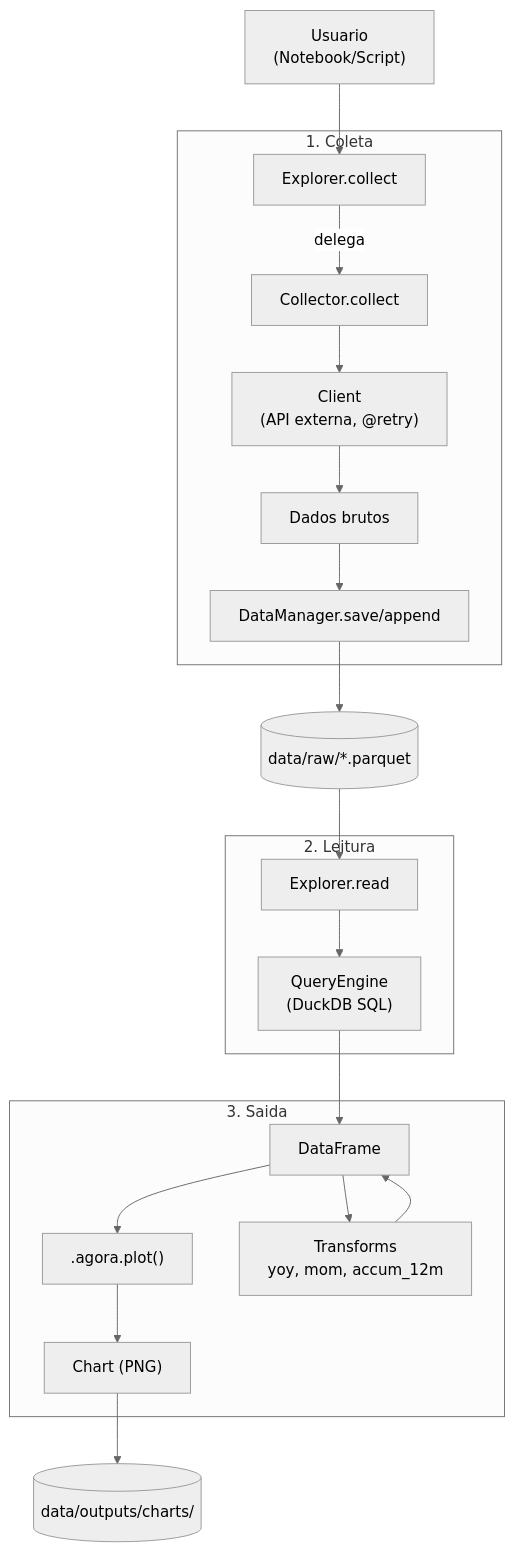
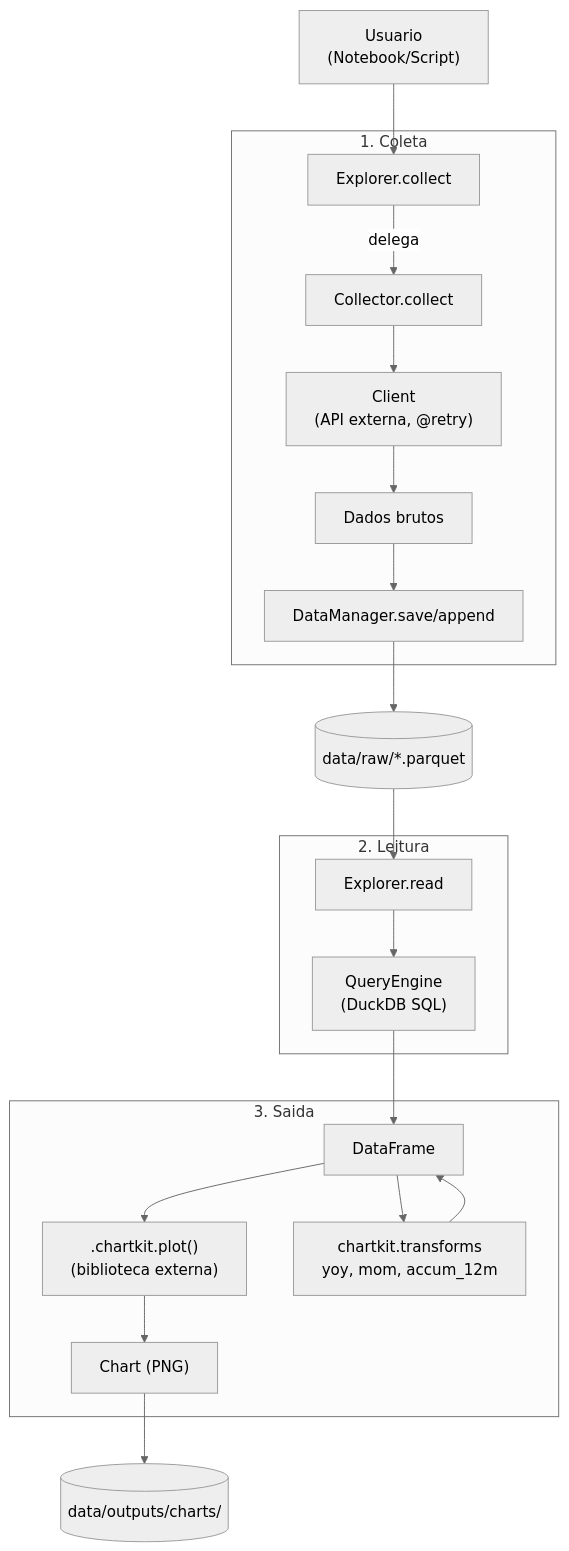
One commit to enzoomoreira/adb changed the second of 2 diagrams in docs/architecture.md. Above: the diagram before and after it, drawn with Mermaid (neutral theme). The commit also changed other lines of this file and 32 other files, not shown here.

Commit message:
refactor(charting): extract charting module to external chartkit lib

````diff
--- a/docs/architecture.md
+++ b/docs/architecture.md
@@ -109,44 +108,44 @@
 ```mermaid
 flowchart TD
     User["Usuario<br/>(Notebook/Script)"]
 
     subgraph Coleta ["1. Coleta"]
         EC[Explorer.collect]
         CC[Collector.collect]
         CLI["Client<br/>(API externa, @retry)"]
         RAW[Dados brutos]
         DM[DataManager.save/append]
     end
 
     subgraph Leitura ["2. Leitura"]
         ER[Explorer.read]
         QE["QueryEngine<br/>(DuckDB SQL)"]
     end
 
     subgraph Saida ["3. Saida"]
         DF[DataFrame]
-        VIZ[".agora.plot()"]
-        TRF["Transforms<br/>yoy, mom, accum_12m"]
+        VIZ[".chartkit.plot()<br/>(biblioteca externa)"]
+        TRF["chartkit.transforms<br/>yoy, mom, accum_12m"]
         CHART["Chart (PNG)"]
     end
 
     PARQUET[("data/raw/*.parquet")]
     CHARTS[("data/outputs/charts/")]
 
     User --> EC
     EC -->|delega| CC
     CC --> CLI
     CLI --> RAW
     RAW --> DM
     DM --> PARQUET
 
     PARQUET --> ER
     ER --> QE
     QE --> DF
 
     DF --> VIZ
     DF --> TRF
     TRF --> DF
     VIZ --> CHART
     CHART --> CHARTS
 ```
````
